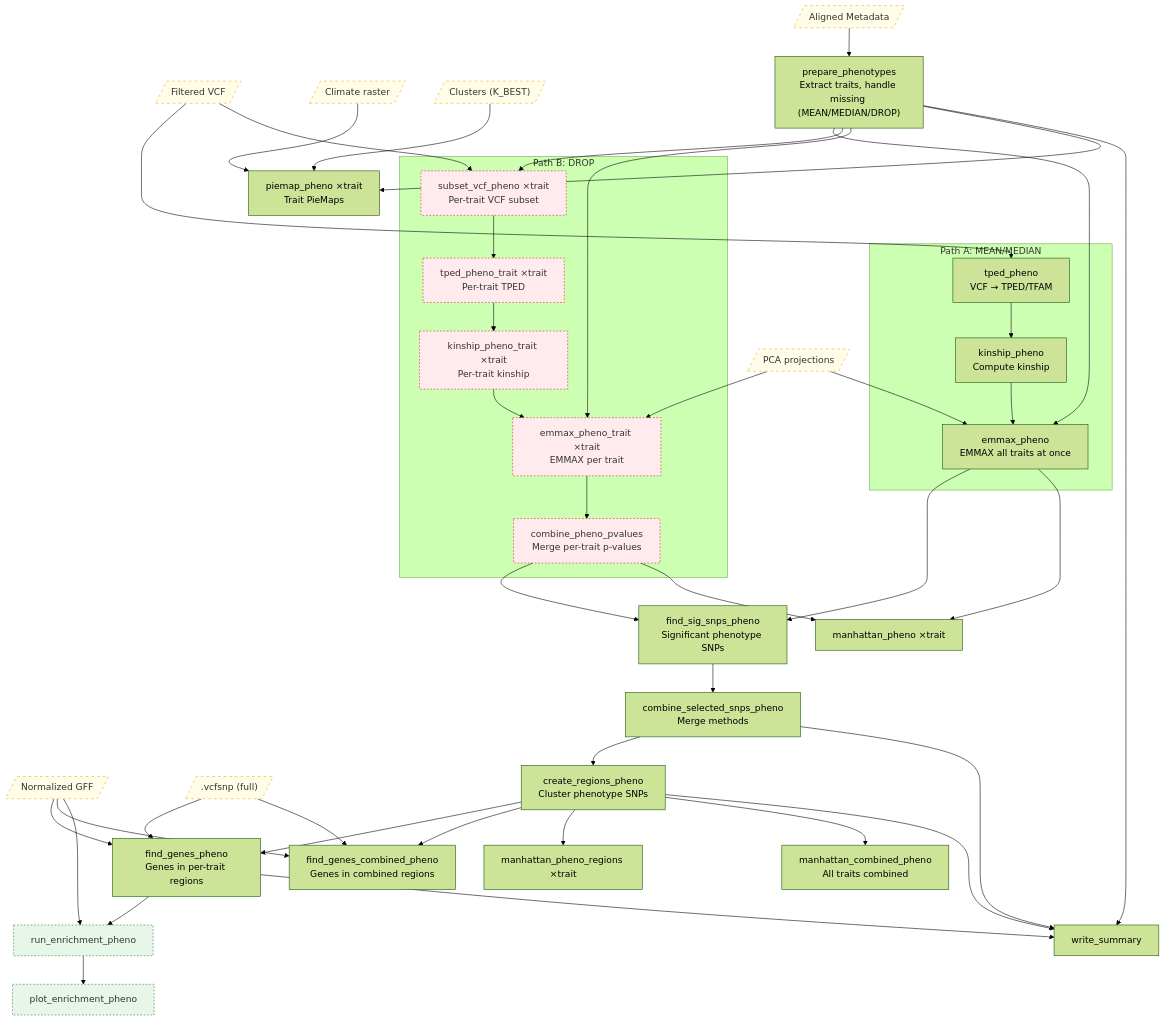
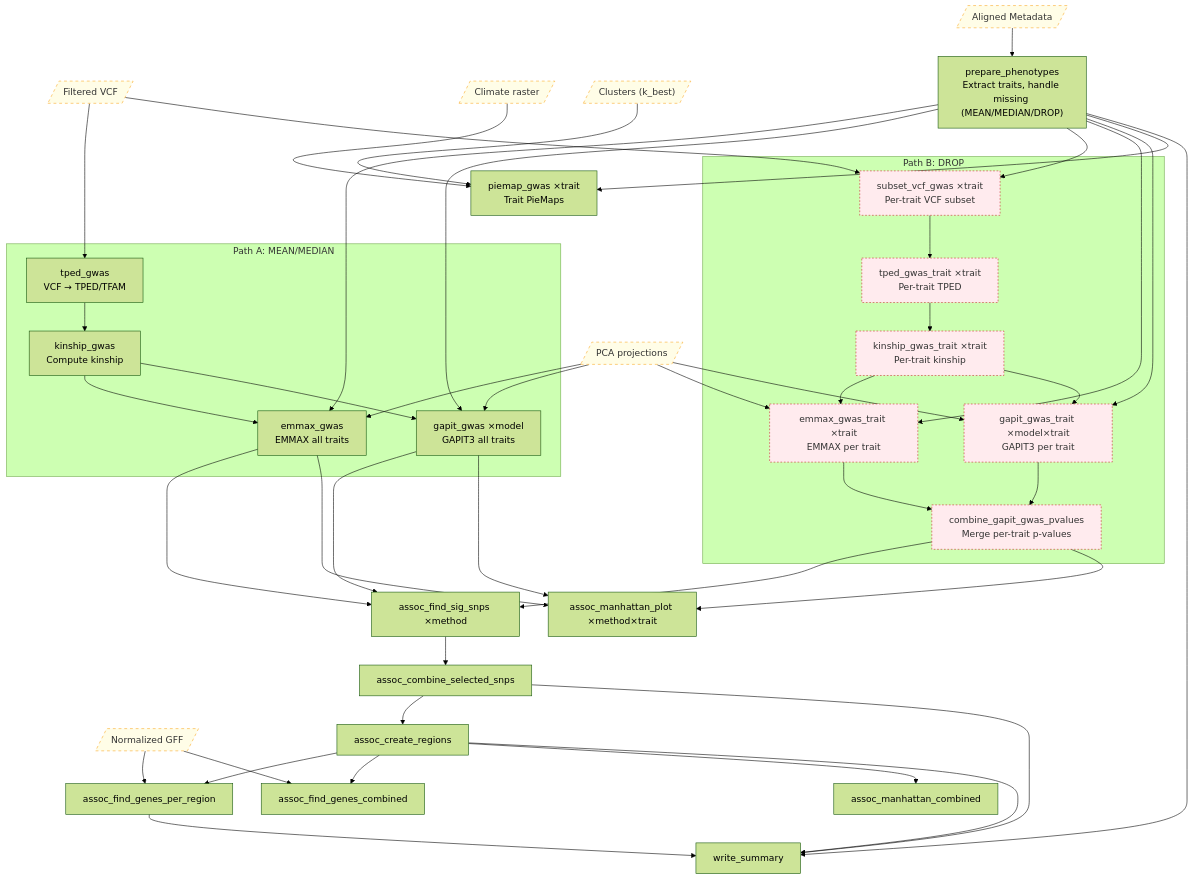
The sixth of 8 diagrams in README.md (hubner-lab/ADAPTOGENE), drawn with Mermaid (forest theme) before and after one commit. The commit also changed other lines of this file and 3 other files, not shown here.

````diff
--- a/README.md
+++ b/README.md
@@ -289,63 +304,55 @@
 ```mermaid
 flowchart TB
     classDef data fill:#FFFDE7,stroke:#F9A825,color:#333,stroke-dasharray:5 5
-    classDef enrich fill:#E8F5E9,stroke:#2E7D32,color:#333,stroke-dasharray:3 3
     classDef drop fill:#FFEBEE,stroke:#C62828,color:#333,stroke-dasharray:3 3
 
     META[/"Aligned Metadata"/]:::data
     VCF_FILT[/"Filtered VCF"/]:::data
     PCA[/"PCA projections"/]:::data
     GFF[/"Normalized GFF"/]:::data
-    VCFSNP[/".vcfsnp (full)"/]:::data
     CLIMATE[/"Climate raster"/]:::data
-    CLUST[/"Clusters (K_BEST)"/]:::data
+    CLUST[/"Clusters (k_best)"/]:::data
 
     prep["prepare_phenotypes\nExtract traits, handle missing (MEAN/MEDIAN/DROP)"]
 
     subgraph pathA["Path A: MEAN/MEDIAN"]
-        tped_a["tped_pheno\nVCF → TPED/TFAM"]
-        kin_a["kinship_pheno\nCompute kinship"]
-        emmax_a["emmax_pheno\nEMMAX all traits at once"]
+        tped_a["tped_gwas\nVCF → TPED/TFAM"]
+        kin_a["kinship_gwas\nCompute kinship"]
+        emmax_a["emmax_gwas\nEMMAX all traits"]
+        gapit_a["gapit_gwas ×model\nGAPIT3 all traits"]
     end
 
     subgraph pathB["Path B: DROP"]
-        subset["subset_vcf_pheno ×trait\nPer-trait VCF subset"]:::drop
-        tped_b["tped_pheno_trait ×trait\nPer-trait TPED"]:::drop
-        kin_b["kinship_pheno_trait ×trait\nPer-trait kinship"]:::drop
-        emmax_b["emmax_pheno_trait ×trait\nEMMAX per trait"]:::drop
-        combine_pv["combine_pheno_pvalues\nMerge per-trait p-values"]:::drop
+        subset["subset_vcf_gwas ×trait\nPer-trait VCF subset"]:::drop
+        tped_b["tped_gwas_trait ×trait\nPer-trait TPED"]:::drop
+        kin_b["kinship_gwas_trait ×trait\nPer-trait kinship"]:::drop
+        emmax_b["emmax_gwas_trait ×trait\nEMMAX per trait"]:::drop
+        gapit_b["gapit_gwas_trait ×model×trait\nGAPIT3 per trait"]:::drop
+        combine_pv["combine_gapit_gwas_pvalues\nMerge per-trait p-values"]:::drop
     end
 
-    sig["find_sig_snps_pheno\nSignificant phenotype SNPs"]
-    combine_sel["combine_selected_snps_pheno\nMerge methods"]
-    reg["create_regions_pheno\nCluster phenotype SNPs"]
-    genes_p["find_genes_pheno\nGenes in per-trait regions"]
-    genes_pc["find_genes_combined_pheno\nGenes in combined regions"]
-    enrichment_p["run_enrichment_pheno"]:::enrich
-    enrich_plots_p["plot_enrichment_pheno"]:::enrich
-    manh_p["manhattan_pheno ×trait"]
-    manh_pr["manhattan_pheno_regions ×trait"]
-    manh_pc["manhattan_combined_pheno\nAll traits combined"]
-    piemap_p["piemap_pheno ×trait\nTrait PieMaps"]
+    sig["assoc_find_sig_snps ×method"]
+    combine_sel["assoc_combine_selected_snps"]
+    reg["assoc_create_regions"]
+    genes_p["assoc_find_genes_per_region"]
+    genes_pc["assoc_find_genes_combined"]
+    manh_p["assoc_manhattan_plot ×method×trait"]
+    manh_pc["assoc_manhattan_combined"]
+    piemap_p["piemap_gwas ×trait\nTrait PieMaps"]
     summary["write_summary"]
 
     META --> prep
-    VCF_FILT --> tped_a --> kin_a --> emmax_a
-    PCA --> emmax_a & emmax_b
-    prep --> emmax_a
-
-    VCF_FILT & prep --> subset --> tped_b --> kin_b --> emmax_b
-    prep --> emmax_b
-    emmax_b --> combine_pv
-
-    emmax_a & combine_pv --> sig --> combine_sel --> reg
-    reg --> genes_p & genes_pc & manh_pr & manh_pc
-    GFF --> genes_p & genes_pc & enrichment_p
-    VCFSNP --> genes_p & genes_pc
-    genes_p --> enrichment_p --> enrich_plots_p
-    emmax_a & combine_pv --> manh_p
+    VCF_FILT --> tped_a --> kin_a --> emmax_a & gapit_a
+    PCA --> emmax_a & gapit_a & emmax_b & gapit_b
+    prep --> emmax_a & gapit_a
+    VCF_FILT & prep --> subset --> tped_b --> kin_b --> emmax_b & gapit_b
+    prep --> emmax_b & gapit_b
+    emmax_b & gapit_b --> combine_pv
+    emmax_a & gapit_a & combine_pv --> sig --> combine_sel --> reg
+    reg --> genes_p & genes_pc & manh_pc
+    GFF --> genes_p & genes_pc
+    emmax_a & gapit_a & combine_pv --> manh_p
     CLIMATE --> piemap_p
-    CLUST --> piemap_p
-    prep --> piemap_p
+    CLUST & prep --> piemap_p
     prep & combine_sel & reg & genes_p --> summary
 ```
````
